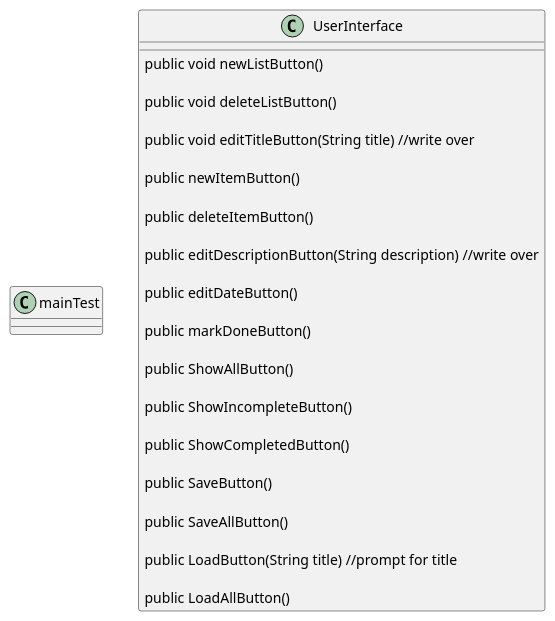
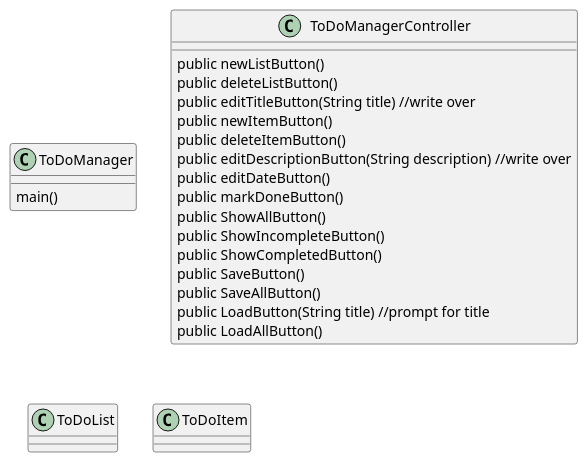
Before and after one commit to Chabs64/higgins-cop3330-assignment4: the diagram in UML/main.puml, drawn with PlantUML. The commit also changed 9 other files, not shown here.

```diff
--- a/UML/main.puml
+++ b/UML/main.puml
@@ -1,45 +1,42 @@
 @startuml
 'https://plantuml.com/sequence-diagram
 
-class mainTest
+class ToDoManager
 {
+    main()
 
 
 }
 
-
-Class UserInterface
+class ToDoManagerController
 {
-    public void newListButton()
-
-    public void deleteListButton()
-
-    public void editTitleButton(String title) //write over
-
+    public newListButton()
+    public deleteListButton()
+    public editTitleButton(String title) //write over
     public newItemButton()
-
     public deleteItemButton()
-
     public editDescriptionButton(String description) //write over
-
     public editDateButton()
-
     public markDoneButton()
-
     public ShowAllButton()
-
     public ShowIncompleteButton()
-
     public ShowCompletedButton()
-
     public SaveButton()
-
     public SaveAllButton()
-
     public LoadButton(String title) //prompt for title
-
     public LoadAllButton()
 }
 
+class ToDoList
+{
+
+}
+
+class ToDoItem
+{
+
+}
+
+
 
 @enduml
```
